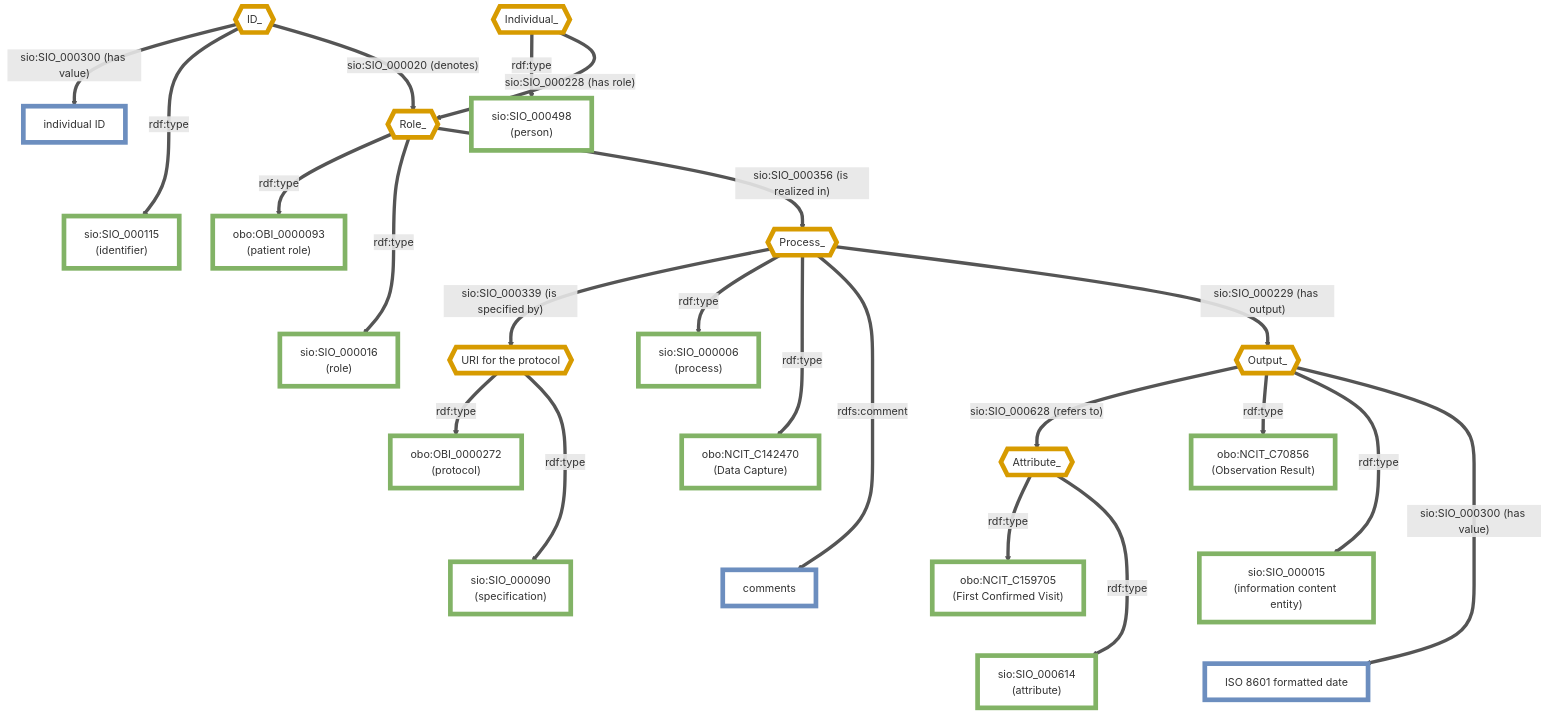
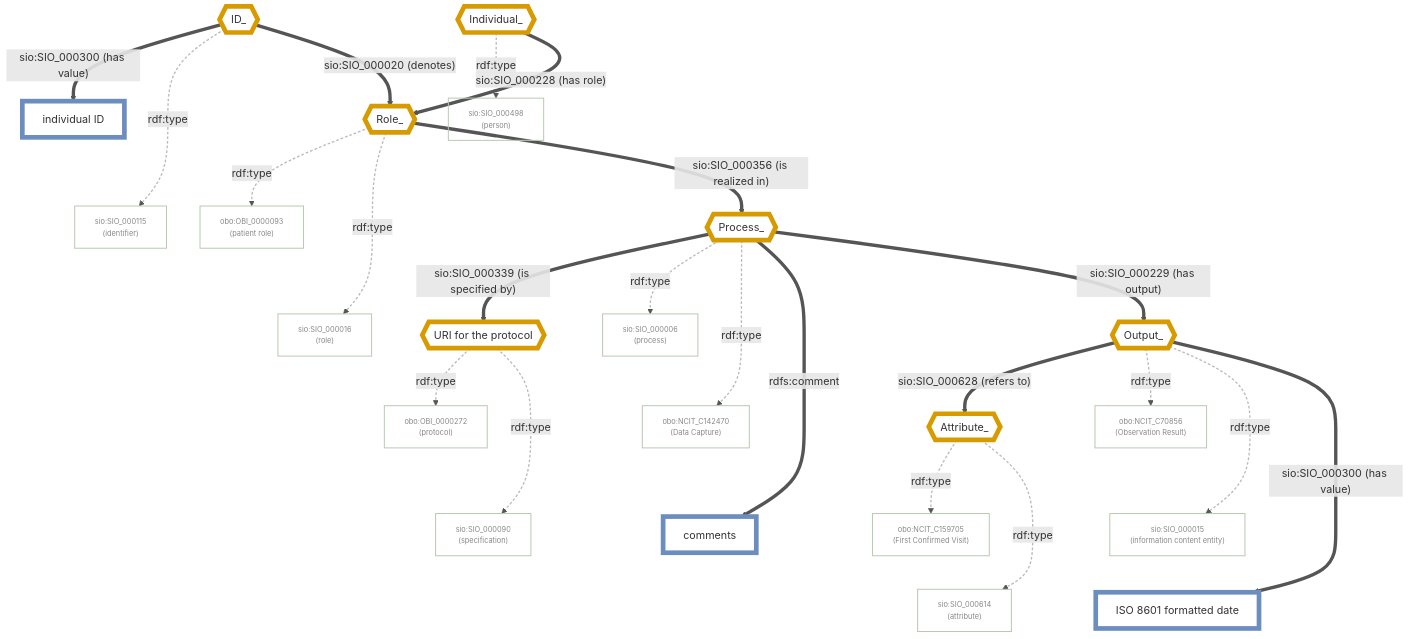
Before and after one commit to wilkinsonlab/CARE-Semantic-Model-Version-2: the diagram in CARE-SM-obo-First_visit.md, drawn with Mermaid. The commit also changed 21 other files, not shown here.

Commit message:
rdf:type is now transparent so it doesn't ingterfere with the rest of the diagram.  So much better!

````diff
--- a/CARE-SM-obo-First_visit.md
+++ b/CARE-SM-obo-First_visit.md
@@ -14,74 +14,76 @@
 ```mermaid
 flowchart TD
     classDef usedInstance fill:#ffffff,stroke:#d79b00,stroke-width:7px,color:#333
-    classDef classNode fill:#ffffff,stroke:#82b366,stroke-width:7px,color:#333
+    classDef classNode fill:transparent,stroke:#b9c9b4,stroke-width:1.5px,color:#888,font-size:11px
     classDef dataValue fill:#ffffff,stroke:#6c8ebf,stroke-width:7px,color:#333
     linkStyle default stroke:#555,stroke-width:5px
 
     %% Instances
     ID_{{ID_}}:::usedInstance
     Individual_{{Individual_}}:::usedInstance
     Role_{{Role_}}:::usedInstance
     Process_{{Process_}}:::usedInstance
     Output_{{Output_}}:::usedInstance
     Attribute_{{Attribute_}}:::usedInstance
     URIProtocol{{"URI for the protocol"}}:::usedInstance
 
     %% Classes
     SIO_000115["sio:SIO_000115<br/>(identifier)"]:::classNode
     SIO_000498["sio:SIO_000498<br/>(person)"]:::classNode
     OBI_0000093["obo:OBI_0000093<br/>(patient role)"]:::classNode
     SIO_000016["sio:SIO_000016<br/>(role)"]:::classNode
     SIO_000006["sio:SIO_000006<br/>(process)"]:::classNode
     NCIT_C142470["obo:NCIT_C142470<br/>(Data Capture)"]:::classNode
     OBI_0000272["obo:OBI_0000272<br/>(protocol)"]:::classNode
     SIO_000090["sio:SIO_000090<br/>(specification)"]:::classNode
     SIO_000015["sio:SIO_000015<br/>(information content entity)"]:::classNode
     NCIT_C70856["obo:NCIT_C70856<br/>(Observation Result)"]:::classNode
     NCIT_C159705["obo:NCIT_C159705<br/>(First Confirmed Visit)"]:::classNode
     SIO_000614["sio:SIO_000614<br/>(attribute)"]:::classNode
 
     %% Data values
     IndividualID["individual ID"]:::dataValue
     Comments["comments"]:::dataValue
     ISO8601["ISO 8601 formatted date"]:::dataValue
 
     %% Real edges (indices 0-20)
     ID_ -->|"sio:SIO_000300 (has value)"| IndividualID
     ID_ -->|"rdf:type"| SIO_000115
     ID_ -->|"sio:SIO_000020 (denotes)"| Role_
 
     Individual_ -->|"rdf:type"| SIO_000498
     Individual_ -->|"sio:SIO_000228 (has role)"| Role_
 
     Role_ -->|"rdf:type"| OBI_0000093
     Role_ -->|"rdf:type"| SIO_000016
     Role_ -->|"sio:SIO_000356 (is realized in)"| Process_
 
     Process_ -->|"sio:SIO_000339 (is specified by)"| URIProtocol
     Process_ -->|"rdf:type"| SIO_000006
     Process_ -->|"rdf:type"| NCIT_C142470
     Process_ -->|"rdfs:comment"| Comments
     Process_ -->|"sio:SIO_000229 (has output)"| Output_
 
     URIProtocol -->|"rdf:type"| OBI_0000272
     URIProtocol -->|"rdf:type"| SIO_000090
 
     Output_ -->|"sio:SIO_000628 (refers to)"| Attribute_
     Output_ -->|"rdf:type"| NCIT_C70856
     Output_ -->|"rdf:type"| SIO_000015
     Output_ -->|"sio:SIO_000300 (has value)"| ISO8601
 
     Attribute_ -->|"rdf:type"| NCIT_C159705
     Attribute_ -->|"rdf:type"| SIO_000614
 
     %% Invisible layout-only chains (indices 21-28, hidden below) force siblings into one column
     IndividualID ~~~ SIO_000115
     OBI_0000093 ~~~ SIO_000016
     SIO_000006 ~~~ NCIT_C142470 ~~~ Comments
     OBI_0000272 ~~~ SIO_000090
     NCIT_C70856 ~~~ SIO_000015 ~~~ ISO8601
     NCIT_C159705 ~~~ SIO_000614
 
+    %% rdf:type edges (indices 1,3,5,6,9,10,13,14,16,17,19,20) de-emphasized so the structural backbone stands out
+    linkStyle 1,3,5,6,9,10,13,14,16,17,19,20 stroke:#bbb,stroke-width:2px,stroke-dasharray:4 3
     linkStyle 21,22,23,24,25,26,27,28 stroke:none
 ```
````
